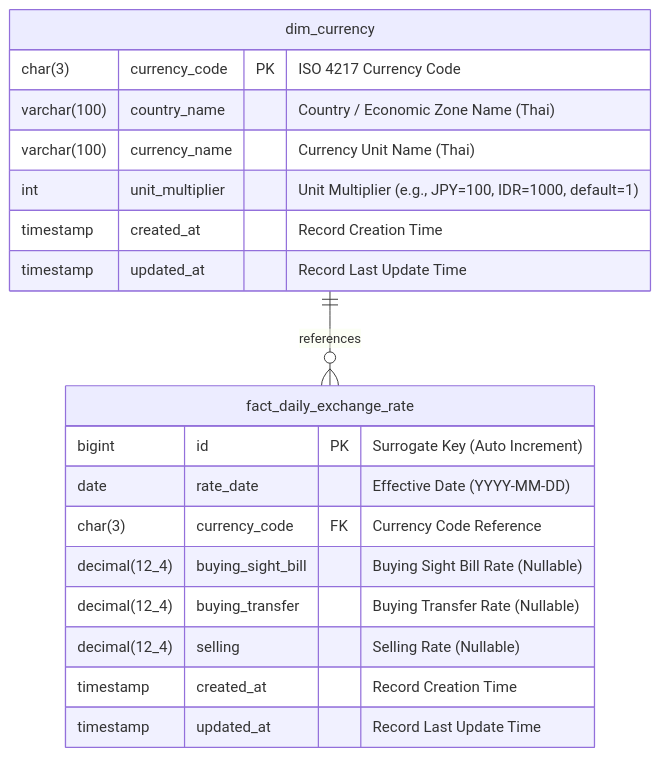
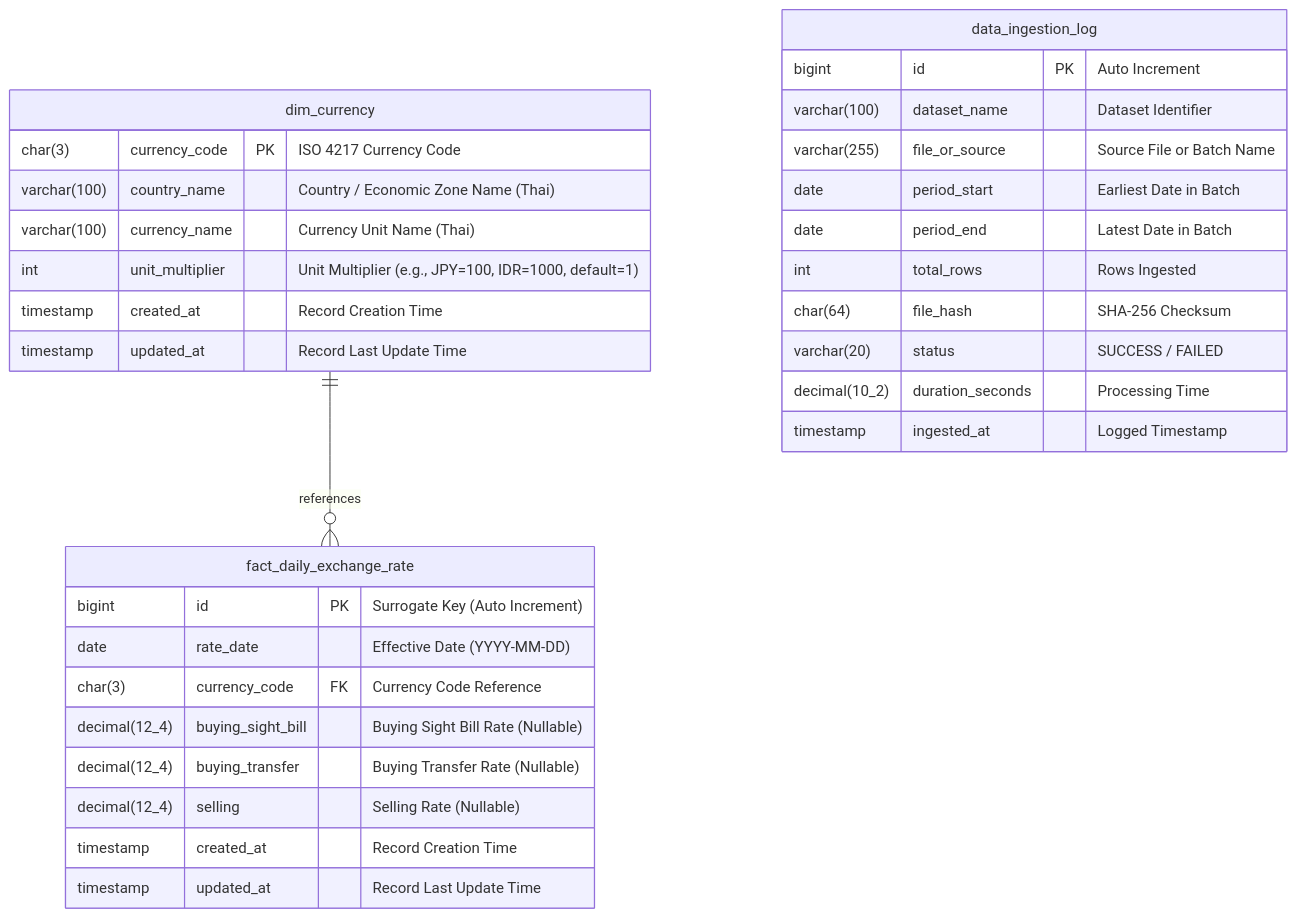
One commit to Kitisak13/MySQL_MariaDB changed the diagram in db-bot_exchange_rates/database/data_dictionary.md. Above: the diagram before and after it, drawn with Mermaid. The commit also changed other lines of this file and 3 other files, not shown here.

Commit message:
feat: Implement standardized data_ingestion_log audit table in db-bot_exchange_rates

````diff
--- a/db-bot_exchange_rates/database/data_dictionary.md
+++ b/db-bot_exchange_rates/database/data_dictionary.md
@@ -5,24 +5,38 @@
 ```mermaid
 erDiagram
     dim_currency ||--o{ fact_daily_exchange_rate : "references"
+    data_ingestion_log
 
     dim_currency {
         char(3) currency_code PK "ISO 4217 Currency Code"
         varchar(100) country_name "Country / Economic Zone Name (Thai)"
         varchar(100) currency_name "Currency Unit Name (Thai)"
         int unit_multiplier "Unit Multiplier (e.g., JPY=100, IDR=1000, default=1)"
         timestamp created_at "Record Creation Time"
         timestamp updated_at "Record Last Update Time"
     }
 
     fact_daily_exchange_rate {
         bigint id PK "Surrogate Key (Auto Increment)"
         date rate_date "Effective Date (YYYY-MM-DD)"
         char(3) currency_code FK "Currency Code Reference"
         decimal(12_4) buying_sight_bill "Buying Sight Bill Rate (Nullable)"
         decimal(12_4) buying_transfer "Buying Transfer Rate (Nullable)"
         decimal(12_4) selling "Selling Rate (Nullable)"
         timestamp created_at "Record Creation Time"
         timestamp updated_at "Record Last Update Time"
     }
+
+    data_ingestion_log {
+        bigint id PK "Auto Increment"
+        varchar(100) dataset_name "Dataset Identifier"
+        varchar(255) file_or_source "Source File or Batch Name"
+        date period_start "Earliest Date in Batch"
+        date period_end "Latest Date in Batch"
+        int total_rows "Rows Ingested"
+        char(64) file_hash "SHA-256 Checksum"
+        varchar(20) status "SUCCESS / FAILED"
+        decimal(10_2) duration_seconds "Processing Time"
+        timestamp ingested_at "Logged Timestamp"
+    }
 ```
````
